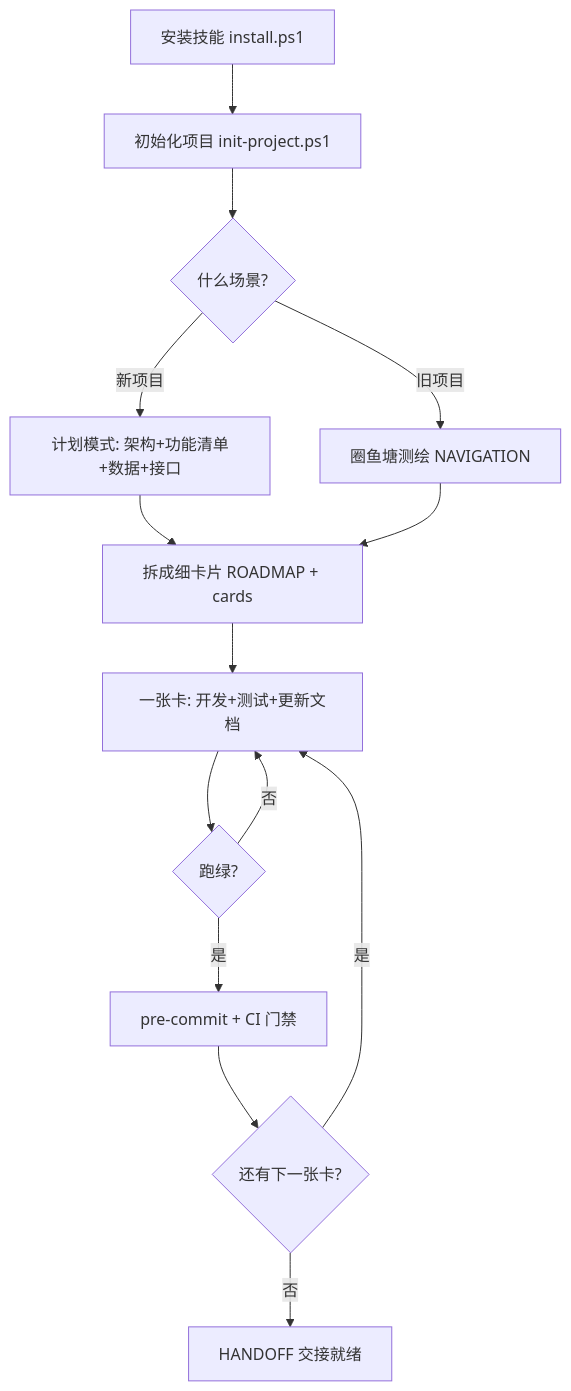
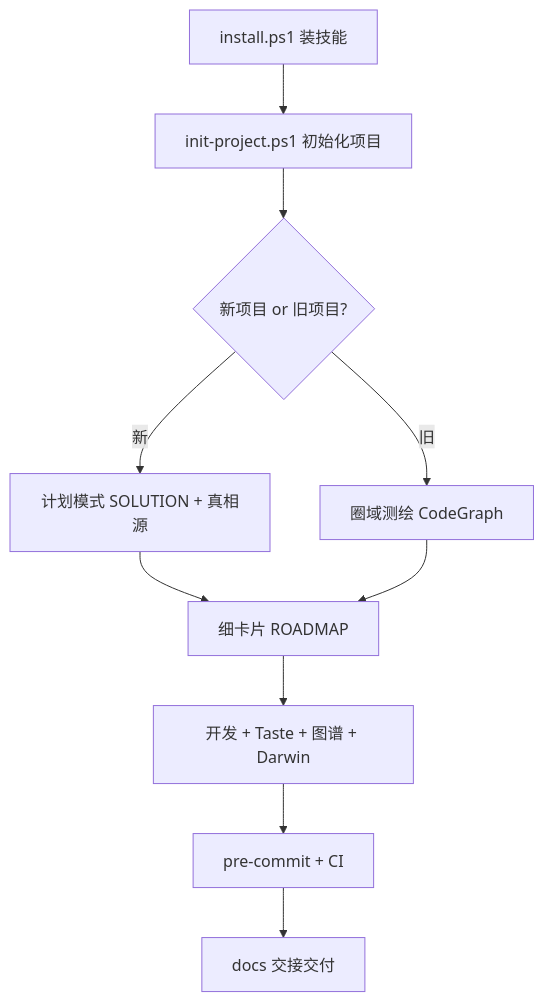
One commit to beeshcoo/FishPond changed the diagram in README.md. Above: the diagram before and after it, drawn with Mermaid. The commit also changed other lines of this file and 8 other files, not shown here.

````diff
--- a/README.md
+++ b/README.md
@@ -9,16 +16,12 @@
 ```mermaid
 flowchart TD
-  A[安装技能 install.ps1] --> B[初始化项目 init-project.ps1]
-  B --> C{什么场景?}
-  C -->|新项目| D[计划模式: 架构+功能清单+数据+接口]
-  C -->|旧项目| E[圈鱼塘测绘 NAVIGATION]
-  D --> F[拆成细卡片 ROADMAP + cards]
+  A[install.ps1 装技能] --> B[init-project.ps1 初始化项目]
+  B --> C{新项目 or 旧项目?}
+  C -->|新| D[计划模式 SOLUTION + 真相源]
+  C -->|旧| E[圈域测绘 CodeGraph]
+  D --> F[细卡片 ROADMAP]
   E --> F
-  F --> G[一张卡: 开发+测试+更新文档]
-  G --> H{跑绿?}
-  H -->|否| G
-  H -->|是| I[pre-commit + CI 门禁]
-  I --> J{还有下一张卡?}
-  J -->|是| G
-  J -->|否| K[HANDOFF 交接就绪]
+  F --> G[开发 + Taste + 图谱 + Darwin]
+  G --> H[pre-commit + CI]
+  H --> I[docs 交接交付]
 ```
````
